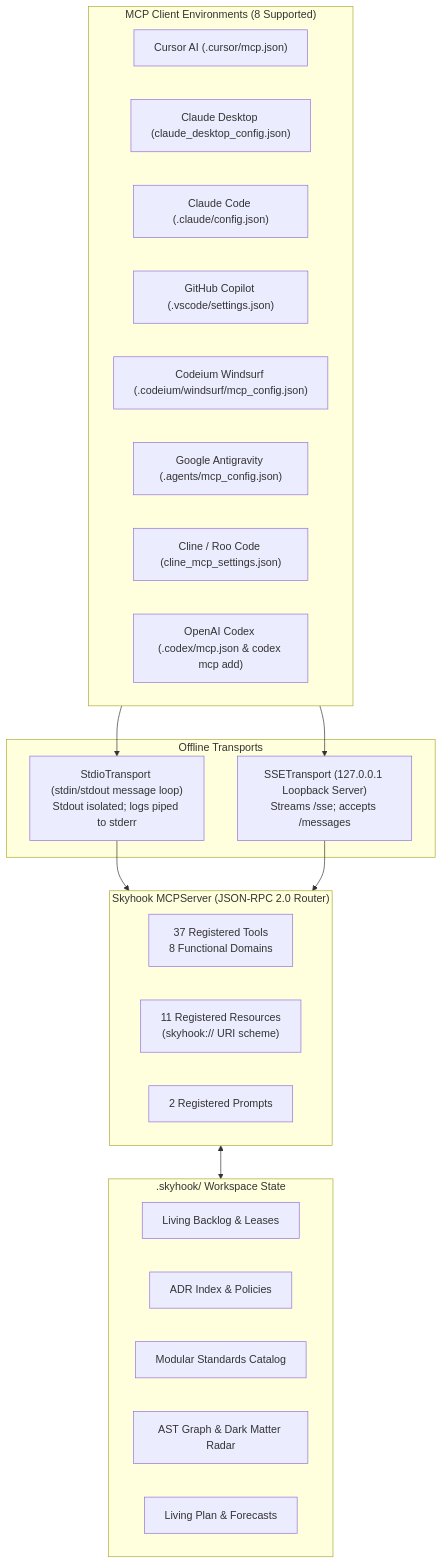
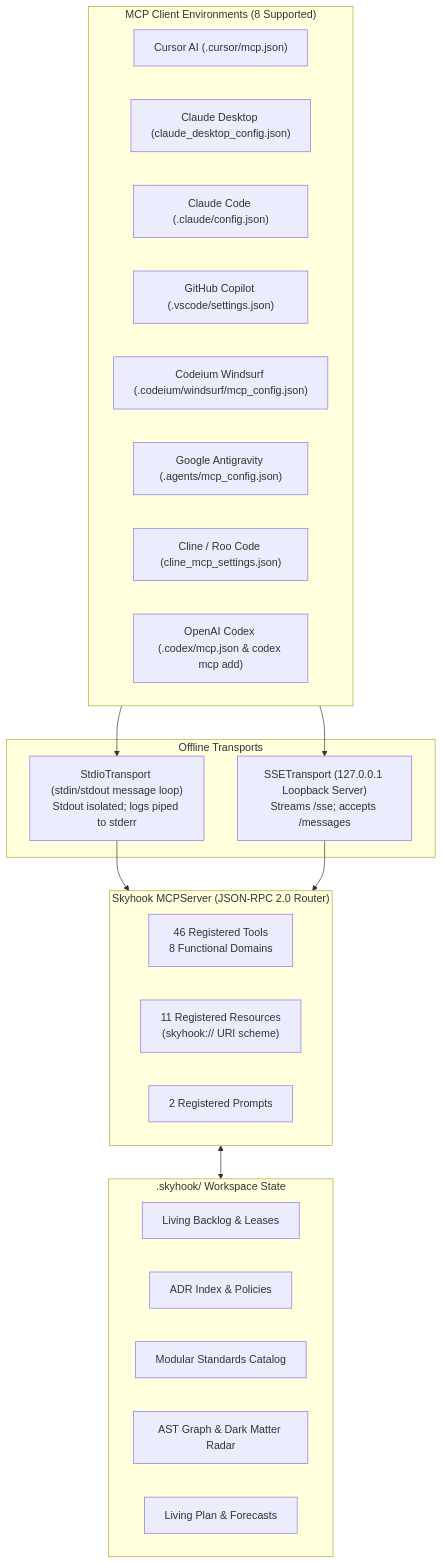
One commit to asadayoub/skyhook changed the diagram in skyhook/docs/MCP_SERVER.md. Above: the diagram before and after it, drawn with Mermaid. The commit also changed other lines of this file and 40 other files, not shown here.

````diff
--- a/skyhook/docs/MCP_SERVER.md
+++ b/skyhook/docs/MCP_SERVER.md
@@ -9,38 +9,38 @@
 ```mermaid
 flowchart TD
     subgraph Clients["MCP Client Environments (8 Supported)"]
         Cursor["Cursor AI (.cursor/mcp.json)"]
         ClaudeDesk["Claude Desktop (claude_desktop_config.json)"]
         ClaudeCode["Claude Code (.claude/config.json)"]
         Copilot["GitHub Copilot (.vscode/settings.json)"]
         Windsurf["Codeium Windsurf (.codeium/windsurf/mcp_config.json)"]
         Antigravity["Google Antigravity (.agents/mcp_config.json)"]
         Cline["Cline / Roo Code (cline_mcp_settings.json)"]
         Codex["OpenAI Codex (.codex/mcp.json & codex mcp add)"]
     end
 
     subgraph TransportLayer["Offline Transports"]
         Stdio["StdioTransport (stdin/stdout message loop)<br/>Stdout isolated; logs piped to stderr"]
         SSE["SSETransport (127.0.0.1 Loopback Server)<br/>Streams /sse; accepts /messages"]
     end
 
     subgraph MCPEngine["Skyhook MCPServer (JSON-RPC 2.0 Router)"]
-        Tools["37 Registered Tools<br/>8 Functional Domains"]
+        Tools["46 Registered Tools<br/>8 Functional Domains"]
         Resources["11 Registered Resources<br/>(skyhook:// URI scheme)"]
         Prompts["2 Registered Prompts"]
     end
 
     subgraph SkyhookState[".skyhook/ Workspace State"]
         Backlog["Living Backlog & Leases"]
         ADRs["ADR Index & Policies"]
         Standards["Modular Standards Catalog"]
         Trace["AST Graph & Dark Matter Radar"]
         Plan["Living Plan & Forecasts"]
     end
 
     Clients --> Stdio
     Clients --> SSE
     Stdio --> MCPEngine
     SSE --> MCPEngine
     MCPEngine <--> SkyhookState
 ```
````
